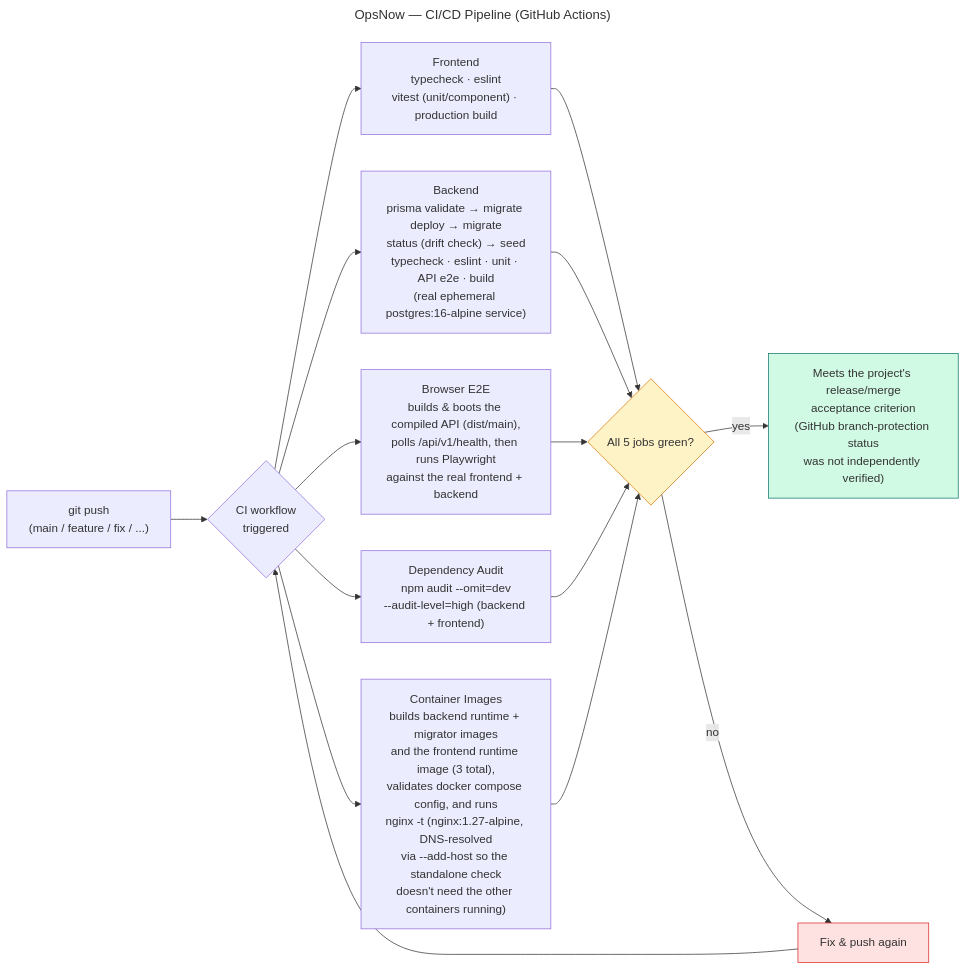
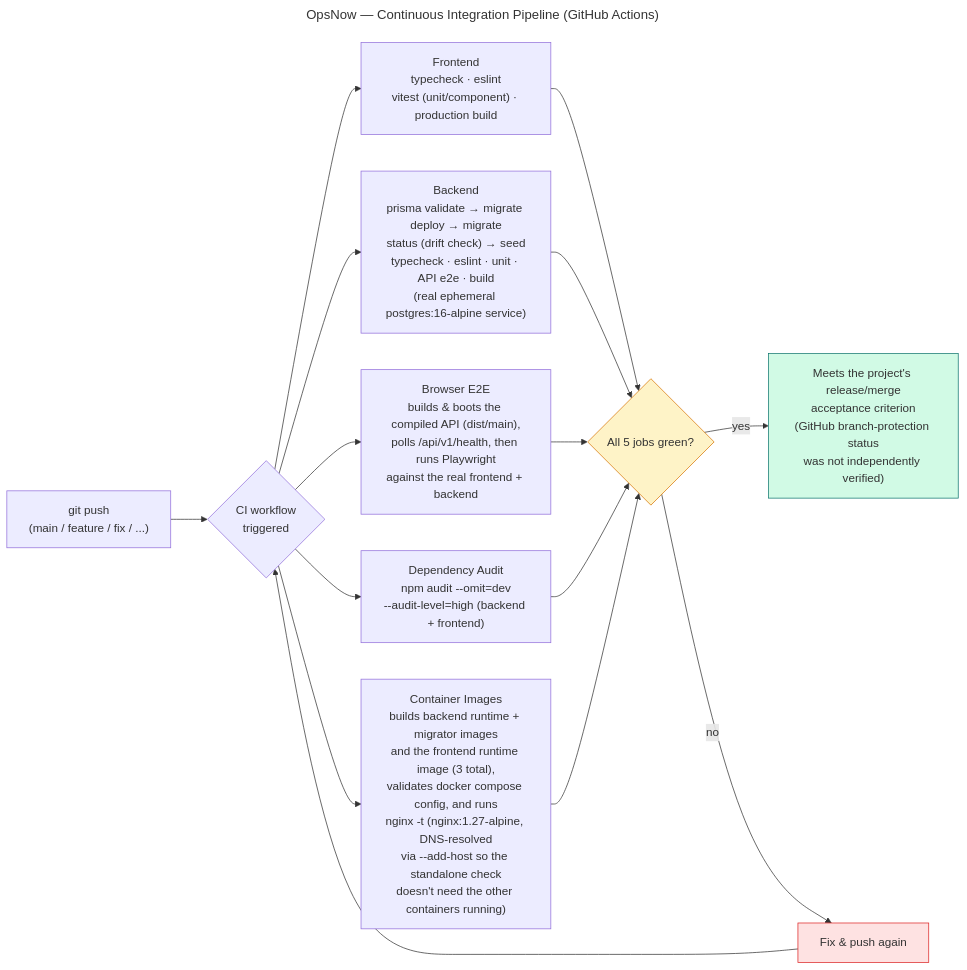
One commit to prottoyb/OpsNow changed the diagram in Diagrams/09-cicd-pipeline.mmd. Above: the diagram before and after it, drawn with Mermaid. The commit also changed 8 other files, not shown here.

First line of the commit message:
docs: finalize OpsNow diagram wording

```diff
--- a/Diagrams/09-cicd-pipeline.mmd
+++ b/Diagrams/09-cicd-pipeline.mmd
@@ -1,28 +1,28 @@
 ---
-title: OpsNow — CI/CD Pipeline (GitHub Actions)
+title: OpsNow — Continuous Integration Pipeline (GitHub Actions)
 ---
 flowchart LR
     classDef gate fill:#FEF3C7,stroke:#D97706
     classDef pass fill:#D1FAE5,stroke:#0F766E
     classDef fail fill:#FEE2E2,stroke:#DC2626
 
     PUSH["git push<br/>(main / feature / fix / ...)"]
     TRIGGER{"CI workflow<br/>triggered"}
 
     FRONTEND["Frontend<br/>typecheck · eslint<br/>vitest (unit/component) · production build"]
     BACKEND["Backend<br/>prisma validate → migrate deploy → migrate<br/>status (drift check) → seed<br/>typecheck · eslint · unit · API e2e · build<br/>(real ephemeral postgres:16-alpine service)"]
     E2E["Browser E2E<br/>builds & boots the compiled API (dist/main),<br/>polls /api/v1/health, then runs Playwright<br/>against the real frontend + backend"]
     AUDIT["Dependency Audit<br/>npm audit --omit=dev<br/>--audit-level=high (backend + frontend)"]
     DOCKER["Container Images<br/>builds backend runtime + migrator images<br/>and the frontend runtime image (3 total),<br/>validates docker compose config, and runs<br/>nginx -t (nginx:1.27-alpine, DNS-resolved<br/>via --add-host so the standalone check<br/>doesn't need the other containers running)"]
 
     PUSH --> TRIGGER
     TRIGGER --> FRONTEND --> GATE
     TRIGGER --> BACKEND --> GATE
     TRIGGER --> E2E --> GATE
     TRIGGER --> AUDIT --> GATE
     TRIGGER --> DOCKER --> GATE
 
     GATE{"All 5 jobs green?"}:::gate
     GATE -->|yes| PASS["Meets the project's release/merge<br/>acceptance criterion<br/>(GitHub branch-protection status<br/>was not independently verified)"]:::pass
     GATE -->|no| FAIL["Fix & push again"]:::fail
     FAIL --> TRIGGER
```
